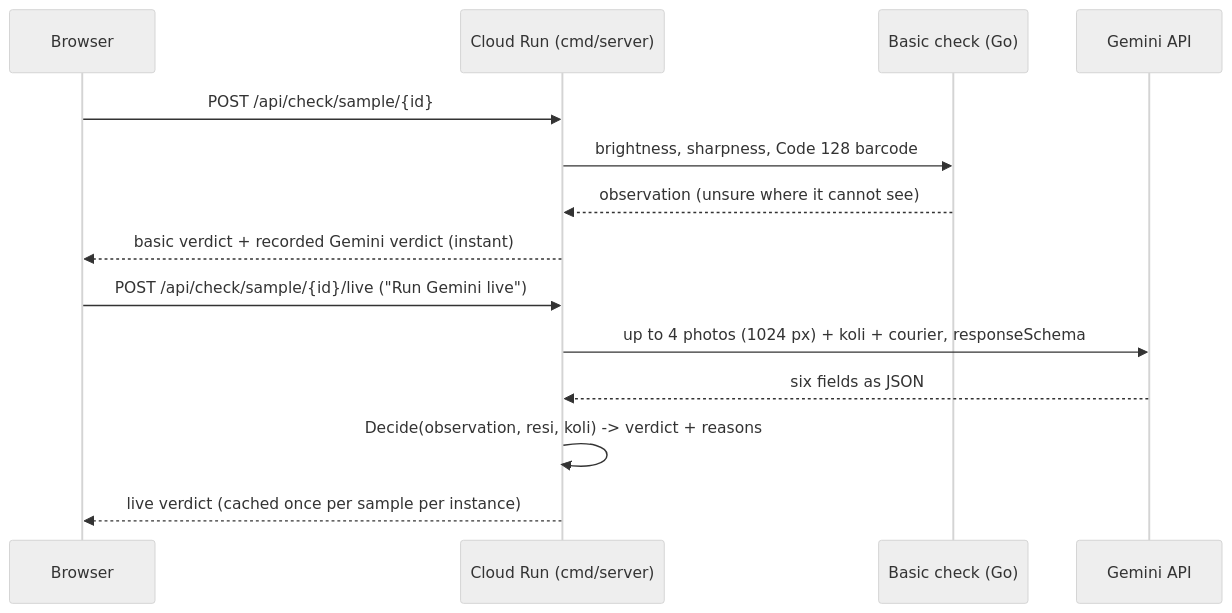
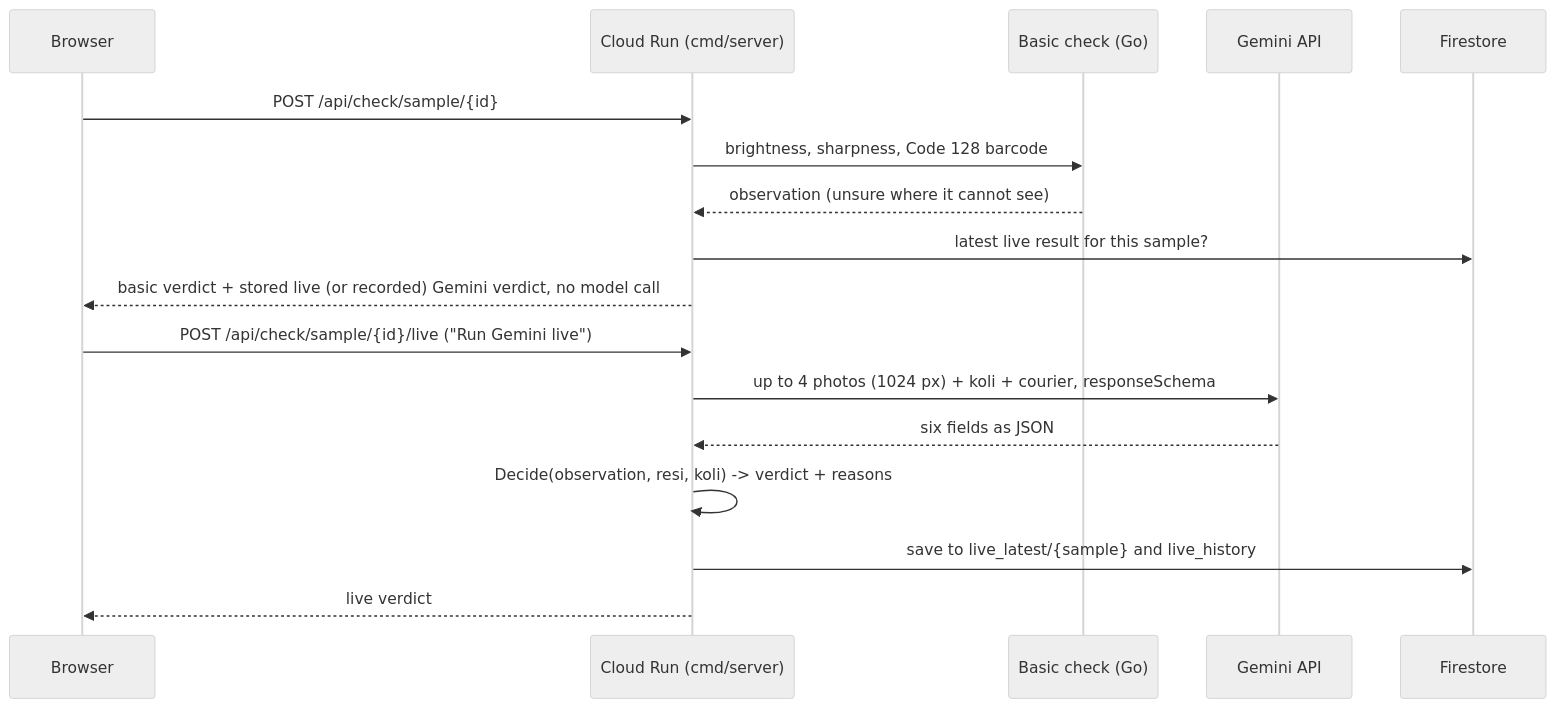
The first of 2 diagrams in docs/architecture.md (jeejak/parcel-proof), drawn with Mermaid (neutral theme) before and after one commit. The commit also changed other lines of this file and 4 other files, not shown here.

First line of the commit message:
docs: Firestore, always-on instance, description under 1,024 chars

````diff
--- a/docs/architecture.md
+++ b/docs/architecture.md
@@ -5,16 +5,19 @@
 ```mermaid
 sequenceDiagram
   participant U as Browser
   participant S as Cloud Run (cmd/server)
   participant B as Basic check (Go)
   participant G as Gemini API
+  participant F as Firestore
   U->>S: POST /api/check/sample/{id}
   S->>B: brightness, sharpness, Code 128 barcode
   B-->>S: observation (unsure where it cannot see)
-  S-->>U: basic verdict + recorded Gemini verdict (instant)
+  S->>F: latest live result for this sample?
+  S-->>U: basic verdict + stored live (or recorded) Gemini verdict, no model call
   U->>S: POST /api/check/sample/{id}/live ("Run Gemini live")
   S->>G: up to 4 photos (1024 px) + koli + courier, responseSchema
   G-->>S: six fields as JSON
   S->>S: Decide(observation, resi, koli) -> verdict + reasons
-  S-->>U: live verdict (cached once per sample per instance)
+  S->>F: save to live_latest/{sample} and live_history
+  S-->>U: live verdict
 ```
````
